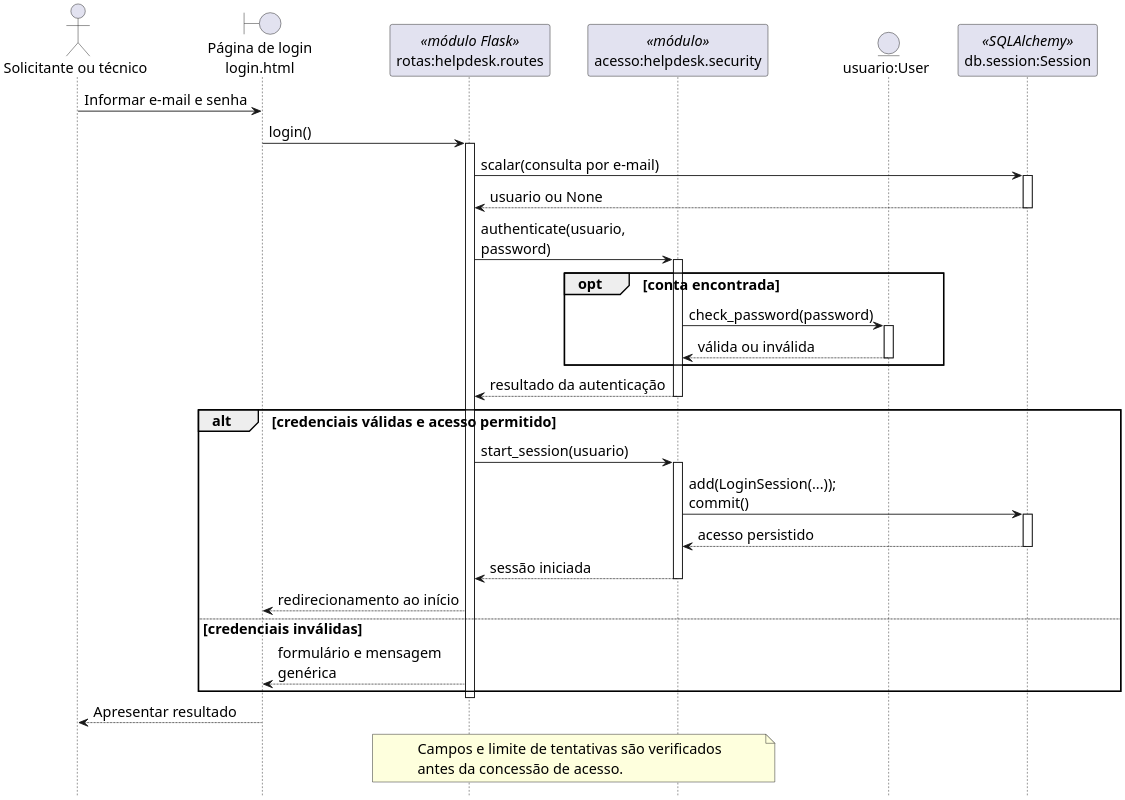
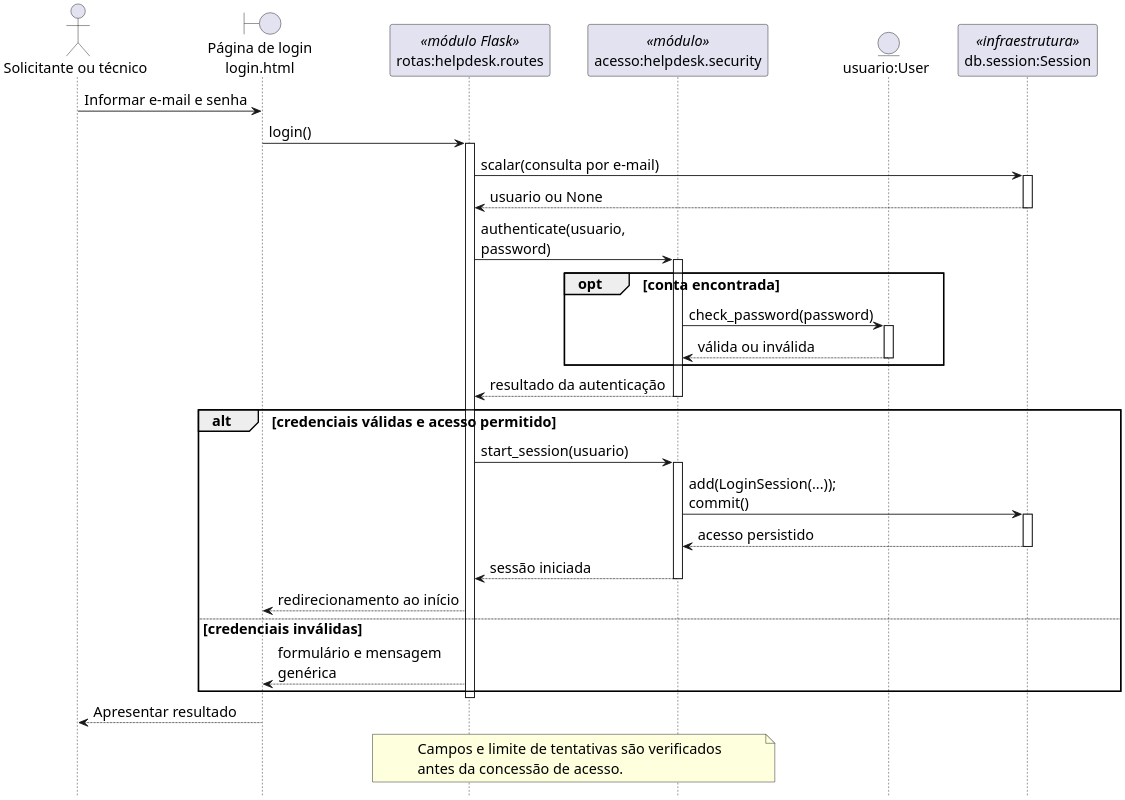
One commit to Lfijho/chamadosLES changed the diagram in docs/diagrams/sprint-2-login.puml. Above: the diagram before and after it, drawn with PlantUML. The commit also changed 38 other files, not shown here.

```diff
--- a/docs/diagrams/sprint-2-login.puml
+++ b/docs/diagrams/sprint-2-login.puml
@@ -1,52 +1,52 @@
 @startuml
 hide footbox
 skinparam backgroundColor #FFFFFF
 skinparam shadowing false
 skinparam dpi 240
 skinparam defaultFontName SansSerif
 skinparam defaultFontSize 16
 skinparam ParticipantPadding 16
 skinparam maxMessageSize 230
 actor "Solicitante ou técnico" as A
 boundary "Página de login\nlogin.html" as I
 participant "rotas:helpdesk.routes" as R <<módulo Flask>>
 participant "acesso:helpdesk.security" as C <<módulo>>
 entity "usuario:User" as U
-participant "db.session:Session" as P <<SQLAlchemy>>
+participant "db.session:Session" as P <<infraestrutura>>
 A -> I : Informar e-mail e senha
 I -> R : login()
 activate R
 R -> P : scalar(consulta por e-mail)
 activate P
 P --> R : usuario ou None
 deactivate P
 R -> C : authenticate(usuario, password)
 activate C
 opt conta encontrada
   C -> U : check_password(password)
   activate U
   U --> C : válida ou inválida
   deactivate U
 end
 C --> R : resultado da autenticação
 deactivate C
 alt credenciais válidas e acesso permitido
   R -> C : start_session(usuario)
   activate C
   C -> P : add(LoginSession(...)); commit()
   activate P
   P --> C : acesso persistido
   deactivate P
   C --> R : sessão iniciada
   deactivate C
   R --> I : redirecionamento ao início
 else credenciais inválidas
   R --> I : formulário e mensagem genérica
 end
 deactivate R
 I --> A : Apresentar resultado
 note over R,C
 Campos e limite de tentativas são verificados
 antes da concessão de acesso.
 end note
 @enduml
```
